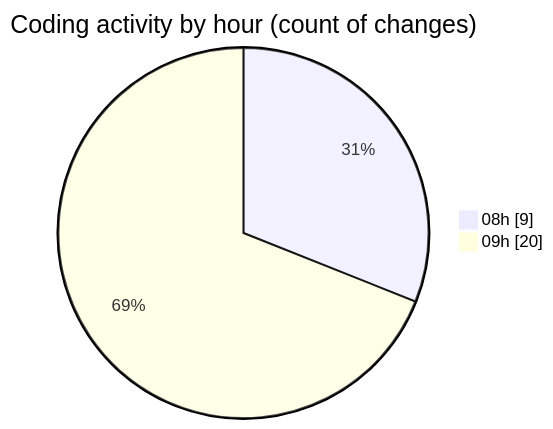
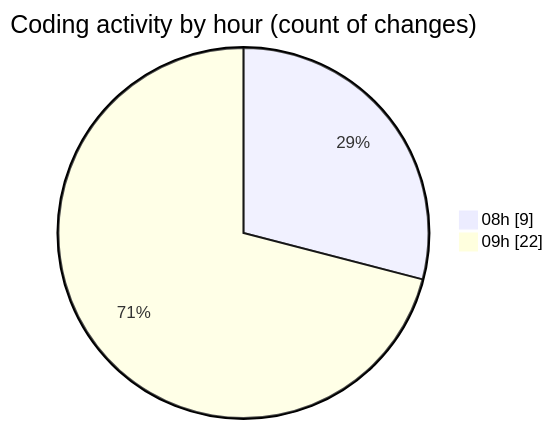
One commit to momahboobian/code-tracking changed the second of 2 diagrams in 2026-03-20/newspaper-child/README.md. Above: the diagram before and after it, drawn with Mermaid. The commit also changed other lines of this file and 1 other file, not shown here.

````diff
--- a/2026-03-20/newspaper-child/README.md
+++ b/2026-03-20/newspaper-child/README.md
@@ -40,6 +40,6 @@
 ```mermaid
 pie showData
 title Coding activity by hour (count of changes)
 "08h" : 9
-"09h" : 20
+"09h" : 22
 ```
````
